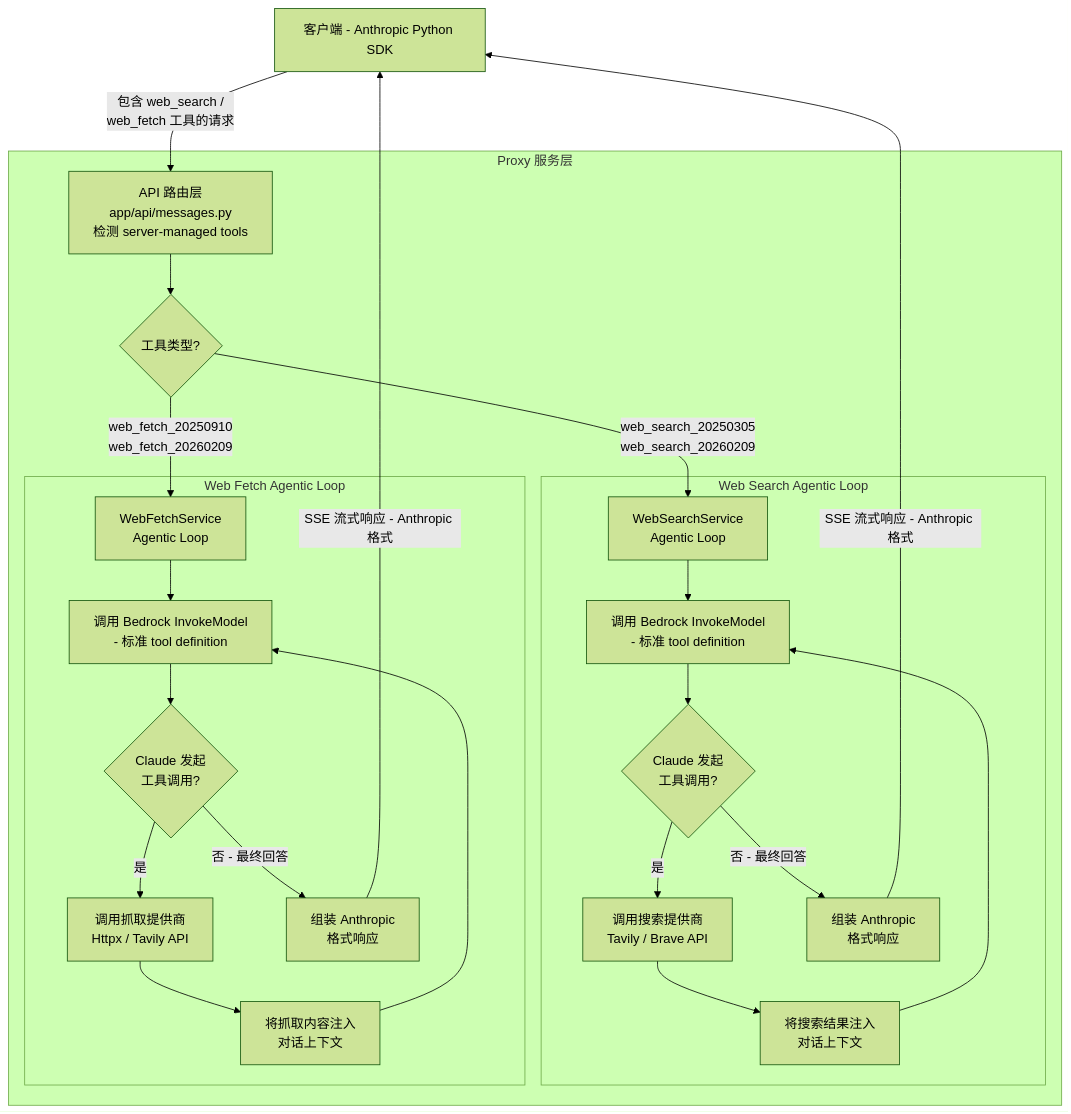
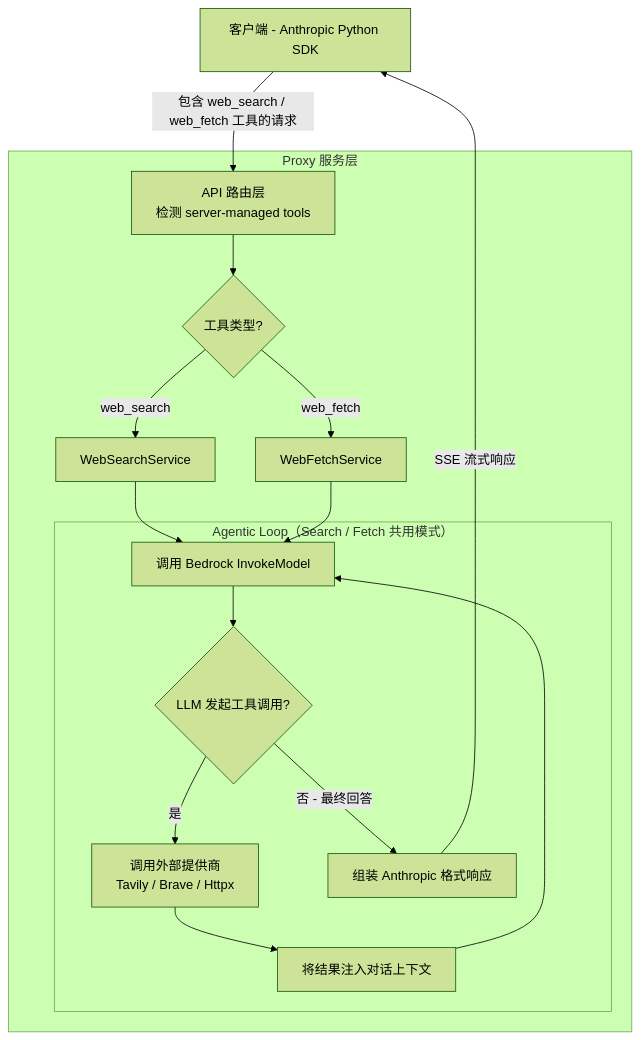
One commit to xiehust/anthropic_api_converter changed the first of 4 diagrams in docs/blog/web-search-fetch-on-bedrock.md. Above: the diagram before and after it, drawn with Mermaid (forest theme). The commit also changed other lines of this file and 3 other files, not shown here.

````diff
--- a/docs/blog/web-search-fetch-on-bedrock.md
+++ b/docs/blog/web-search-fetch-on-bedrock.md
@@ -69,32 +73,24 @@
 ```mermaid
 flowchart TD
-    A["客户端 - Anthropic Python SDK"] -->|"包含 web_search /\nweb_fetch 工具的请求"| B
+    A["客户端 - Anthropic Python SDK"] -->|"包含 web_search / web_fetch 工具的请求"| B
 
     subgraph Proxy["Proxy 服务层"]
-        B["API 路由层\napp/api/messages.py\n检测 server-managed tools"] --> C{工具类型?}
+        B["API 路由层\n检测 server-managed tools"] --> C{工具类型?}
 
-        C -->|"web_search_20250305\nweb_search_20260209"| D["WebSearchService\nAgentic Loop"]
-        C -->|"web_fetch_20250910\nweb_fetch_20260209"| E["WebFetchService\nAgentic Loop"]
+        C -->|"web_search"| D["WebSearchService"]
+        C -->|"web_fetch"| E["WebFetchService"]
 
-        subgraph SearchLoop["Web Search Agentic Loop"]
-            D --> D1["调用 Bedrock InvokeModel\n- 标准 tool definition"]
-            D1 --> D2{Claude 发起\n工具调用?}
-            D2 -->|"是"| D3["调用搜索提供商\nTavily / Brave API"]
-            D3 --> D4["将搜索结果注入\n对话上下文"]
-            D4 --> D1
-            D2 -->|"否 - 最终回答"| D5["组装 Anthropic\n格式响应"]
+        subgraph AgenticLoop["Agentic Loop（Search / Fetch 共用模式）"]
+            F["调用 Bedrock InvokeModel"] --> G{LLM 发起工具调用?}
+            G -->|"是"| H["调用外部提供商\nTavily / Brave / Httpx"]
+            H --> I["将结果注入对话上下文"]
+            I --> F
+            G -->|"否 - 最终回答"| J["组装 Anthropic 格式响应"]
         end
 
-        subgraph FetchLoop["Web Fetch Agentic Loop"]
-            E --> E1["调用 Bedrock InvokeModel\n- 标准 tool definition"]
-            E1 --> E2{Claude 发起\n工具调用?}
-            E2 -->|"是"| E3["调用抓取提供商\nHttpx / Tavily API"]
-            E3 --> E4["将抓取内容注入\n对话上下文"]
-            E4 --> E1
-            E2 -->|"否 - 最终回答"| E5["组装 Anthropic\n格式响应"]
-        end
+        D --> F
+        E --> F
     end
 
-    D5 -->|"SSE 流式响应 - Anthropic 格式"| A
-    E5 -->|"SSE 流式响应 - Anthropic 格式"| A
+    J -->|"SSE 流式响应"| A
 ```
````
